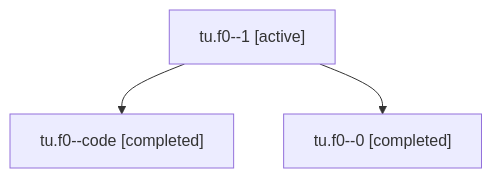
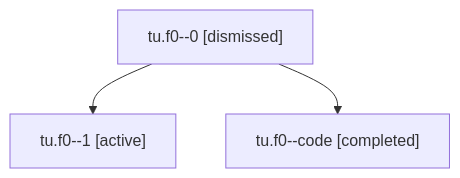
Before and after one commit to bobs-org/bob-cli--agents: the diagram in families/bbugyi200.athena.tu.f0.md, drawn with Mermaid. The commit also changed other lines of this file and 133 other files, not shown here.

````diff
--- a/families/bbugyi200.athena.tu.f0.md
+++ b/families/bbugyi200.athena.tu.f0.md
@@ -9,8 +9,8 @@
 ```mermaid
 flowchart TD
-  n0["tu.f0--1 [active]"]
-  n1["tu.f0--code [completed]"]
+  n0["tu.f0--0 [dismissed]"]
+  n1["tu.f0--1 [active]"]
   n0 --> n1
-  n2["tu.f0--0 [completed]"]
+  n2["tu.f0--code [completed]"]
   n0 --> n2
 ```
````
